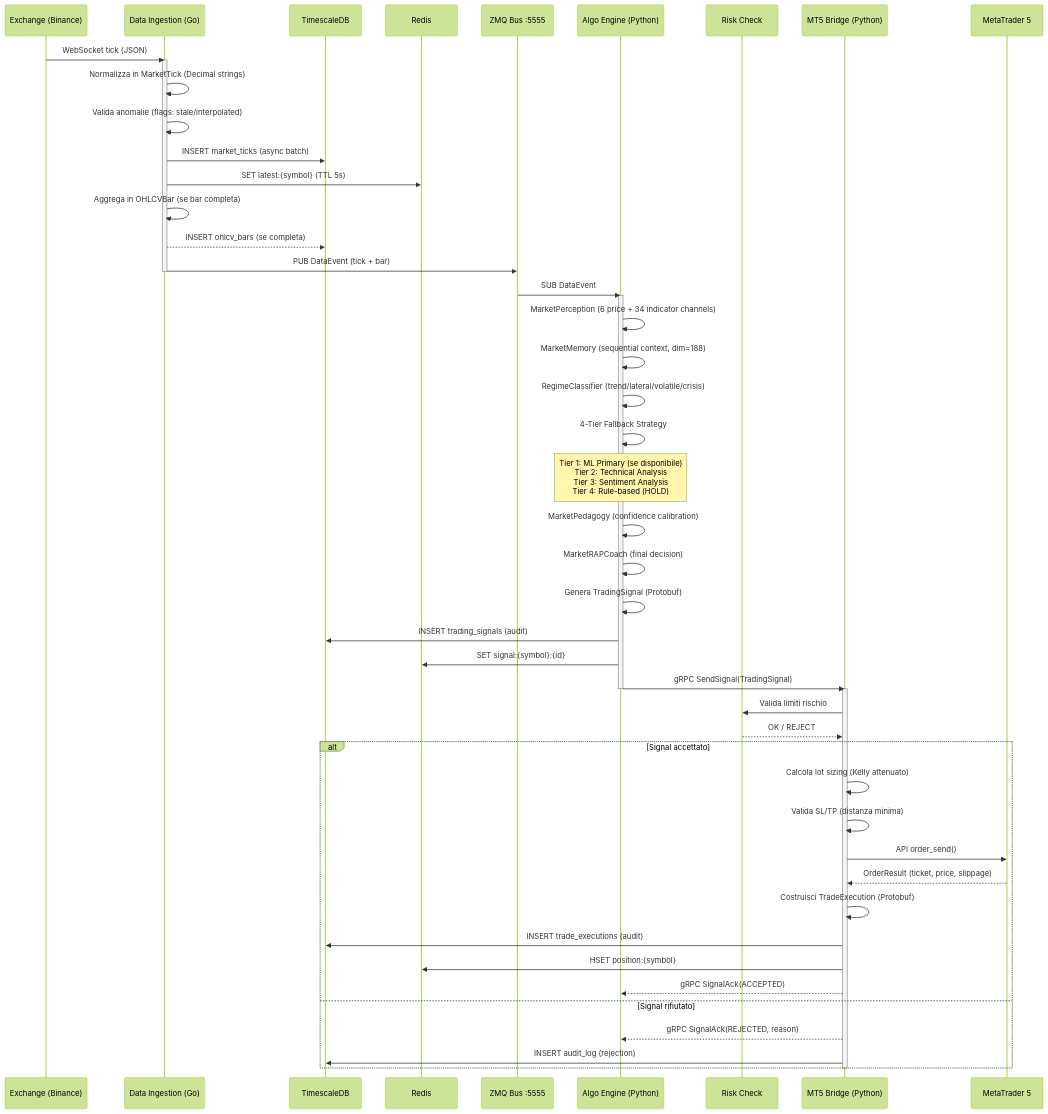
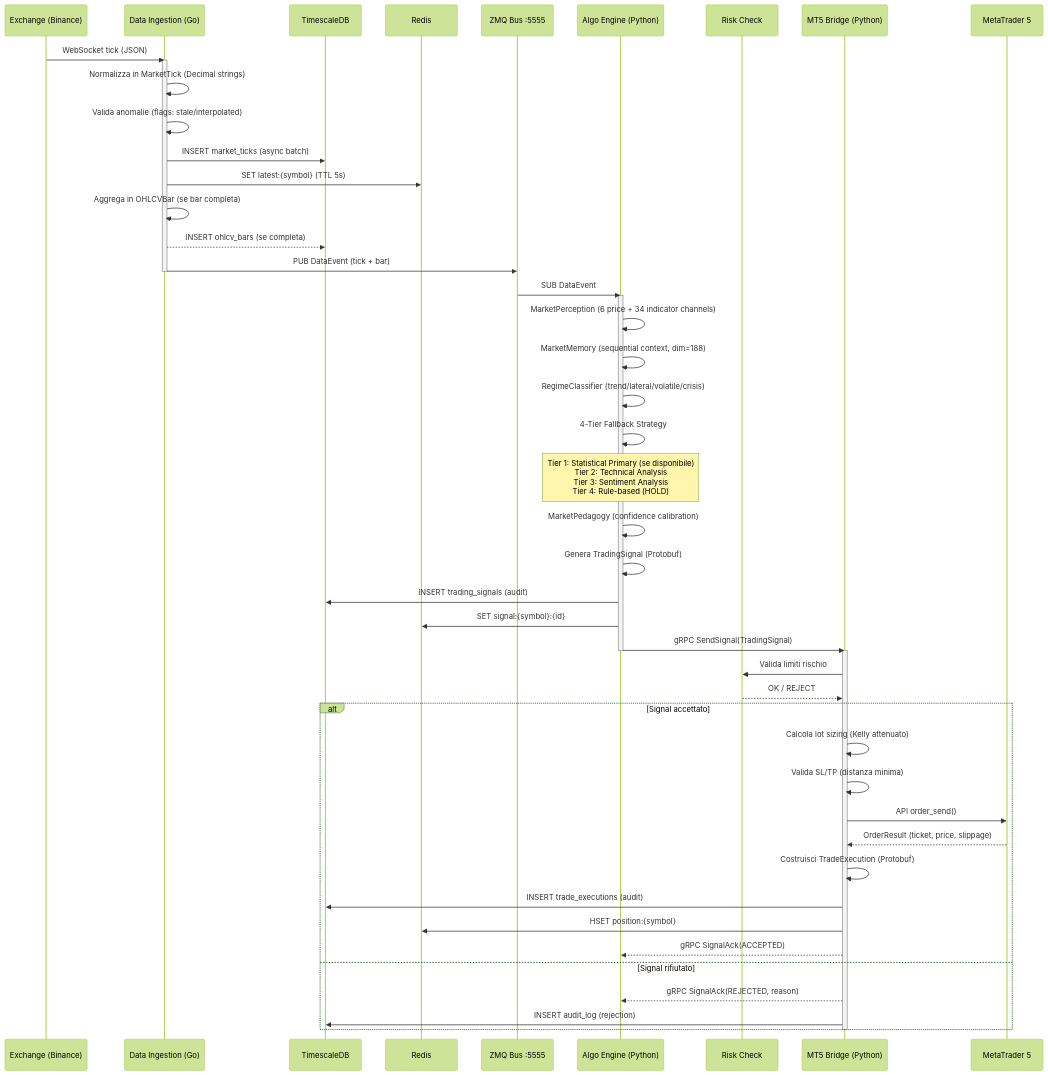
Before and after one commit to renanaugustomacena-ux/invest-smart: the third of 9 diagrams in docs/architecture/sistema-italiano/01_ARCHITETTURA.md, drawn with Mermaid (forest theme). The commit also changed other lines of this file, not shown here.

````diff
--- a/docs/architecture/sistema-italiano/01_ARCHITETTURA.md
+++ b/docs/architecture/sistema-italiano/01_ARCHITETTURA.md
@@ -178,57 +178,56 @@
 ```mermaid
 sequenceDiagram
     participant EX as Exchange (Binance)
     participant DI as Data Ingestion (Go)
     participant TS as TimescaleDB
     participant RD as Redis
     participant ZMQ as ZMQ Bus :5555
     participant AB as Algo Engine (Python)
     participant RC as Risk Check
     participant MB as MT5 Bridge (Python)
     participant MT5 as MetaTrader 5
 
     EX->>DI: WebSocket tick (JSON)
     activate DI
     DI->>DI: Normalizza in MarketTick (Decimal strings)
     DI->>DI: Valida anomalie (flags: stale/interpolated)
     DI->>TS: INSERT market_ticks (async batch)
     DI->>RD: SET latest:{symbol} (TTL 5s)
     DI->>DI: Aggrega in OHLCVBar (se bar completa)
     DI-->>TS: INSERT ohlcv_bars (se completa)
     DI->>ZMQ: PUB DataEvent (tick + bar)
     deactivate DI
 
     ZMQ->>AB: SUB DataEvent
     activate AB
     AB->>AB: MarketPerception (6 price + 34 indicator channels)
     AB->>AB: MarketMemory (sequential context, dim=188)
     AB->>AB: RegimeClassifier (trend/lateral/volatile/crisis)
     AB->>AB: 4-Tier Fallback Strategy
-    Note over AB: Tier 1: ML Primary (se disponibile)<br/>Tier 2: Technical Analysis<br/>Tier 3: Sentiment Analysis<br/>Tier 4: Rule-based (HOLD)
+    Note over AB: Tier 1: Statistical Primary (se disponibile)<br/>Tier 2: Technical Analysis<br/>Tier 3: Sentiment Analysis<br/>Tier 4: Rule-based (HOLD)
     AB->>AB: MarketPedagogy (confidence calibration)
-    AB->>AB: MarketRAPCoach (final decision)
     AB->>AB: Genera TradingSignal (Protobuf)
     AB->>TS: INSERT trading_signals (audit)
     AB->>RD: SET signal:{symbol}:{id}
 
     AB->>MB: gRPC SendSignal(TradingSignal)
     deactivate AB
 
     activate MB
     MB->>RC: Valida limiti rischio
     RC-->>MB: OK / REJECT
     alt Signal accettato
         MB->>MB: Calcola lot sizing (Kelly attenuato)
         MB->>MB: Valida SL/TP (distanza minima)
         MB->>MT5: API order_send()
         MT5-->>MB: OrderResult (ticket, price, slippage)
         MB->>MB: Costruisci TradeExecution (Protobuf)
         MB->>TS: INSERT trade_executions (audit)
         MB->>RD: HSET position:{symbol}
         MB-->>AB: gRPC SignalAck(ACCEPTED)
     else Signal rifiutato
         MB-->>AB: gRPC SignalAck(REJECTED, reason)
         MB->>TS: INSERT audit_log (rejection)
     end
     deactivate MB
 ```
````
